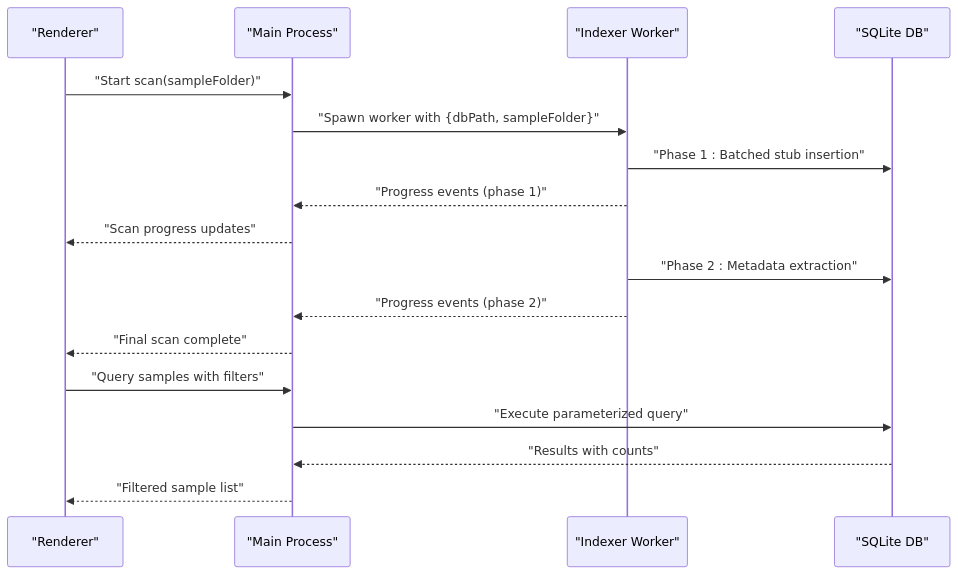
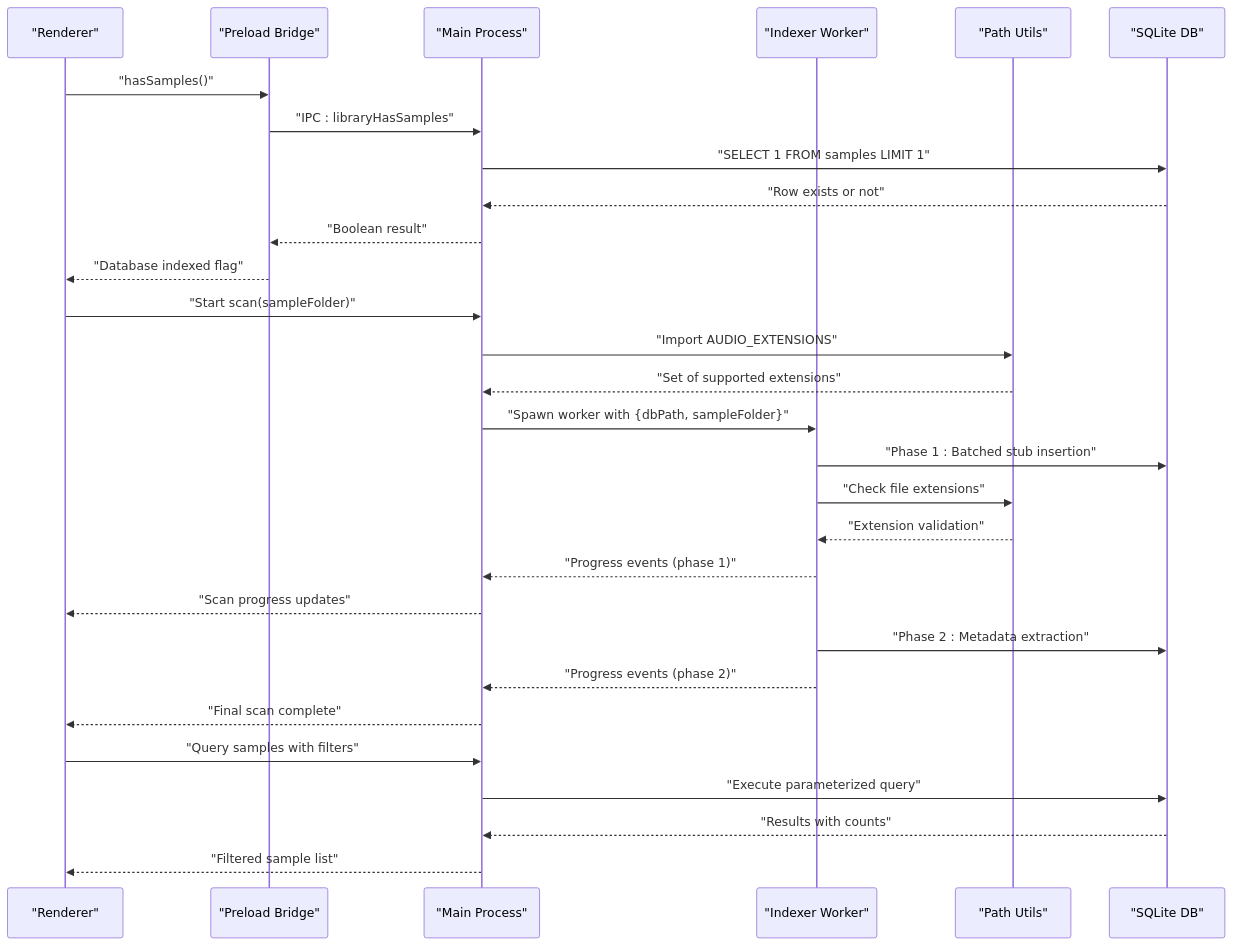
One commit to satyrlord/mixjam-electron changed the second of 4 diagrams in .qoder/repowiki/en/content/Data Management.md. Above: the diagram before and after it, drawn with Mermaid. The commit also changed other lines of this file and 7 other files, not shown here.

First line of the commit message:
feat(data-management): centralize audio extensions and add hasSamples function

````diff
--- a/.qoder/repowiki/en/content/Data Management.md
+++ b/.qoder/repowiki/en/content/Data Management.md
@@ -116,19 +131,31 @@
 ```mermaid
 sequenceDiagram
 participant R as "Renderer"
+participant P as "Preload Bridge"
 participant M as "Main Process"
 participant W as "Indexer Worker"
+participant U as "Path Utils"
 participant DB as "SQLite DB"
+R->>P : "hasSamples()"
+P->>M : "IPC : libraryHasSamples"
+M->>DB : "SELECT 1 FROM samples LIMIT 1"
+DB-->>M : "Row exists or not"
+M-->>P : "Boolean result"
+P-->>R : "Database indexed flag"
 R->>M : "Start scan(sampleFolder)"
+M->>U : "Import AUDIO_EXTENSIONS"
+U-->>M : "Set of supported extensions"
 M->>W : "Spawn worker with {dbPath, sampleFolder}"
 W->>DB : "Phase 1 : Batched stub insertion"
+W->>U : "Check file extensions"
+U-->>W : "Extension validation"
 W-->>M : "Progress events (phase 1)"
 M-->>R : "Scan progress updates"
 W->>DB : "Phase 2 : Metadata extraction"
 W-->>M : "Progress events (phase 2)"
 M-->>R : "Final scan complete"
 R->>M : "Query samples with filters"
 M->>DB : "Execute parameterized query"
 DB-->>M : "Results with counts"
 M-->>R : "Filtered sample list"
 ```
````
